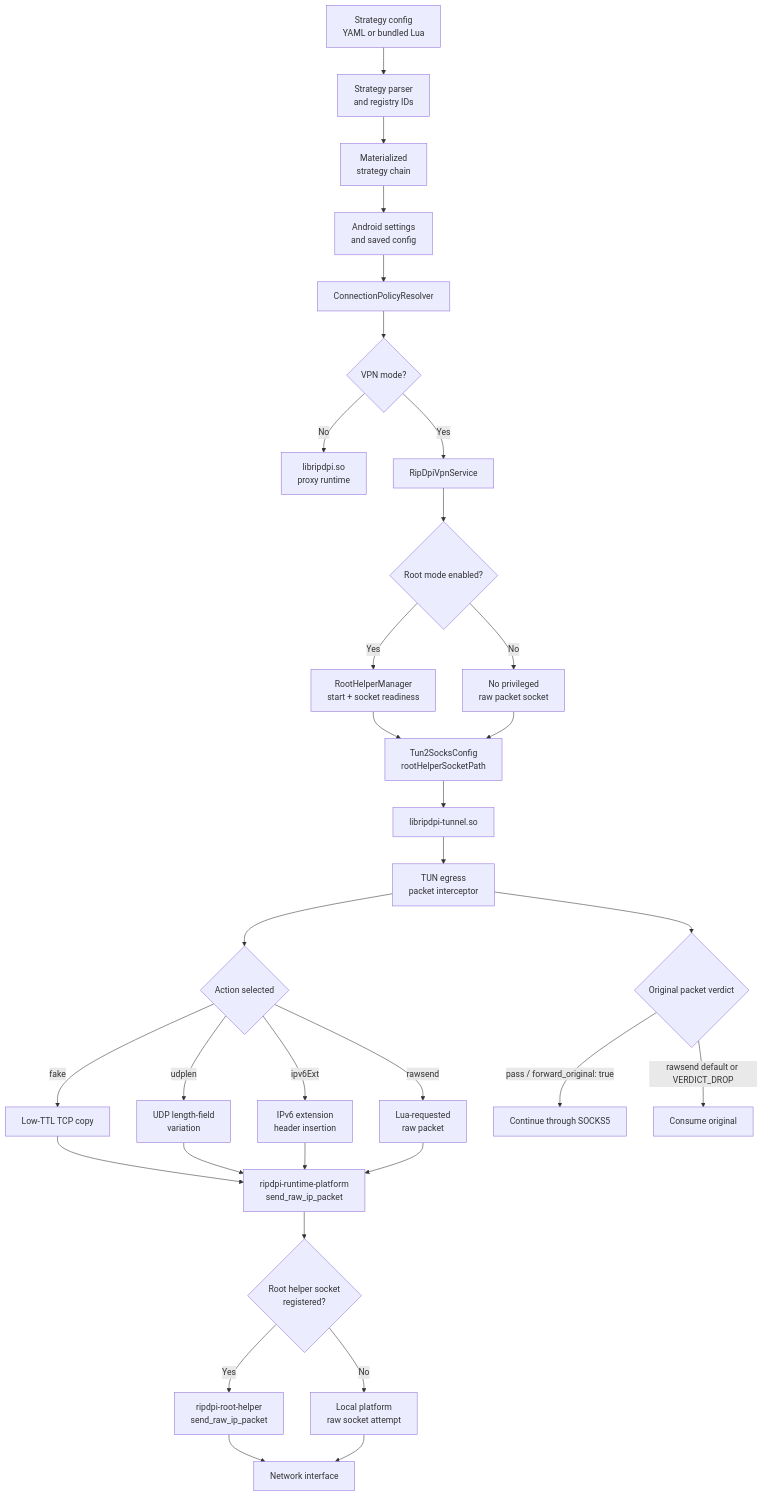
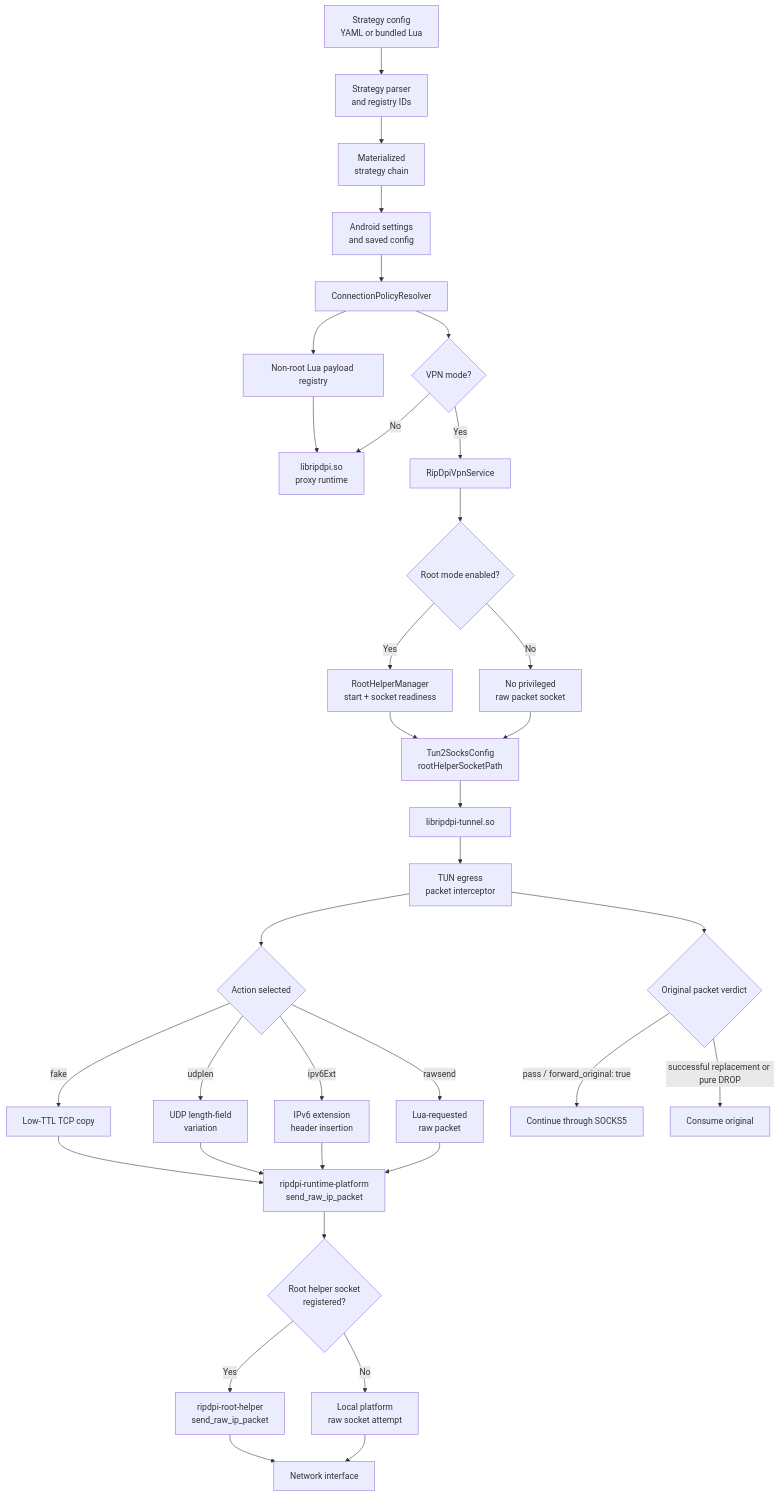
Before and after one commit to po4yka/RIPDPI: the first of 3 diagrams in docs/packet-strategy-runtime.md, drawn with Mermaid. The commit also changed other lines of this file and 74 other files, not shown here.

Commit message:
feat(lua): execute payload strategies without root

````diff
--- a/docs/packet-strategy-runtime.md
+++ b/docs/packet-strategy-runtime.md
@@ -22,30 +23,32 @@
 ```mermaid
 flowchart TD
     A["Strategy config\nYAML or bundled Lua"] --> B["Strategy parser\nand registry IDs"]
     B --> C["Materialized\nstrategy chain"]
     C --> D["Android settings\nand saved config"]
     D --> E["ConnectionPolicyResolver"]
+    E --> LP["Non-root Lua payload registry"]
+    LP --> G
     E --> F{"VPN mode?"}
     F -- No --> G["libripdpi.so\nproxy runtime"]
     F -- Yes --> H["RipDpiVpnService"]
     H --> I{"Root mode enabled?"}
     I -- Yes --> J["RootHelperManager\nstart + socket readiness"]
     I -- No --> K["No privileged\nraw packet socket"]
     J --> L["Tun2SocksConfig\nrootHelperSocketPath"]
     K --> L
     L --> M["libripdpi-tunnel.so"]
     M --> N["TUN egress\npacket interceptor"]
     N --> O{"Action selected"}
     O -- fake --> P["Low-TTL TCP copy"]
     O -- udplen --> Q["UDP length-field\nvariation"]
     O -- ipv6Ext --> R["IPv6 extension\nheader insertion"]
     O -- rawsend --> S["Lua-requested\nraw packet"]
     P & Q & R & S --> T["ripdpi-runtime-platform\nsend_raw_ip_packet"]
     T --> U{"Root helper socket\nregistered?"}
     U -- Yes --> V["ripdpi-root-helper\nsend_raw_ip_packet"]
     U -- No --> W["Local platform\nraw socket attempt"]
     V & W --> X["Network interface"]
     N --> Y{"Original packet verdict"}
     Y -- "pass / forward_original: true" --> Z["Continue through SOCKS5"]
-    Y -- "rawsend default or VERDICT_DROP" --> AA["Consume original"]
+    Y -- "successful replacement or pure DROP" --> AA["Consume original"]
 ```
````
